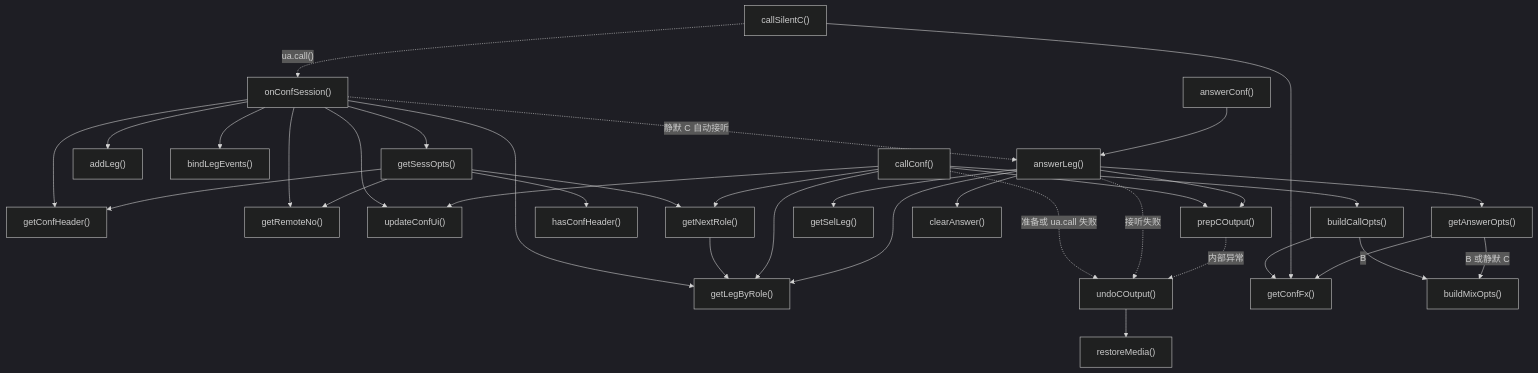
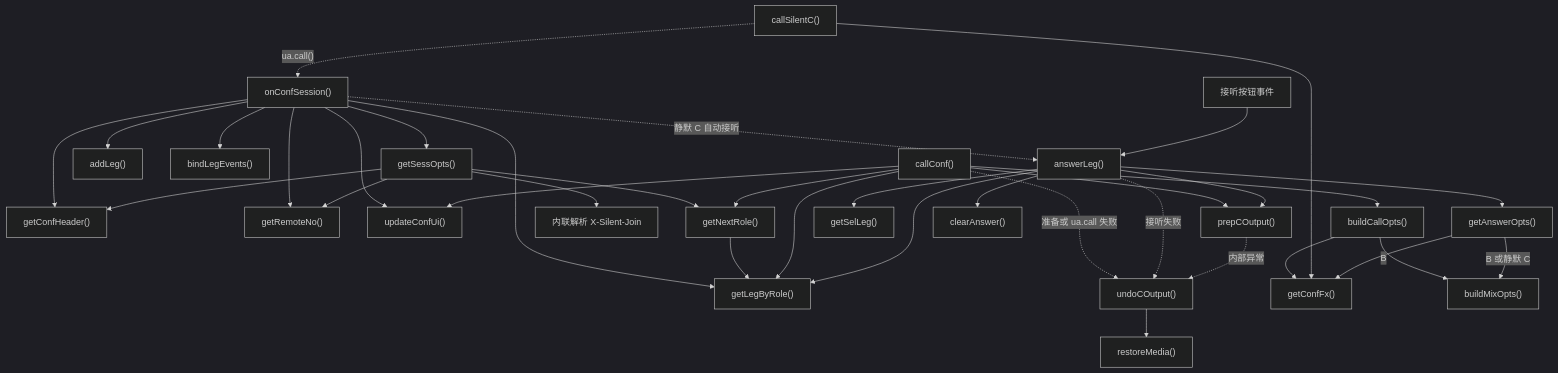
Before and after one commit to lei40251/JsSIP: diagram 14 of 20 in docs/app-conference-guide.md, drawn with Mermaid (dark theme). The commit also changed other lines of this file and 12 other files, not shown here.

````diff
--- a/docs/app-conference-guide.md
+++ b/docs/app-conference-guide.md
@@ -1122,42 +1121,42 @@
 ```mermaid
 flowchart TD
   NEW["onConfSession()"] --> RESOLVE["getSessOpts()"]
   NEW --> BYROLE["getLegByRole()"]
   NEW --> REQHEAD["getConfHeader()"]
   NEW --> REMOTE["getRemoteNo()"]
   NEW --> CREATE["addLeg()"]
   NEW --> SETUP["bindLegEvents()"]
   NEW --> UI["updateConfUi()"]
   NEW -.->|"静默 C 自动接听"| ANSWER["answerLeg()"]
 
   RESOLVE --> NEXT["getNextRole()"]
   RESOLVE --> REQHEAD
-  RESOLVE --> ENABLED["hasConfHeader()"]
+  RESOLVE --> ENABLED["内联解析 X-Silent-Join"]
   RESOLVE --> REMOTE
   NEXT --> BYROLE
 
   CALL["callConf()"] --> NEXT
   CALL --> BYROLE
   CALL --> UI
   CALL --> PREPARE["prepCOutput()"]
   CALL --> BUILD_CALL["buildCallOpts()"]
   CALL -.->|"准备或 ua.call 失败"| ROLLBACK["undoCOutput()"]
   BUILD_CALL --> EXTRA["getConfFx()"]
   BUILD_CALL -->|"B"| COMPOSER_OPT["buildMixOpts()"]
 
   SILENT["callSilentC()"] --> EXTRA
   SILENT -.->|"ua.call()"| NEW
 
-  PENDING["answerConf()"] --> ANSWER
+  PENDING["接听按钮事件"] --> ANSWER
   ANSWER --> SELECTED["getSelLeg()"]
   ANSWER --> BYROLE
   ANSWER --> PREPARE
   ANSWER --> BUILD_ANSWER["getAnswerOpts()"]
   ANSWER --> CLEAR["clearAnswer()"]
   ANSWER -.->|"接听失败"| ROLLBACK
   BUILD_ANSWER --> EXTRA
   BUILD_ANSWER -->|"B 或静默 C"| COMPOSER_OPT
 
   PREPARE -.->|"内部异常"| ROLLBACK
   ROLLBACK --> RESTORE_ONE["restoreMedia()"]
 ```
````
